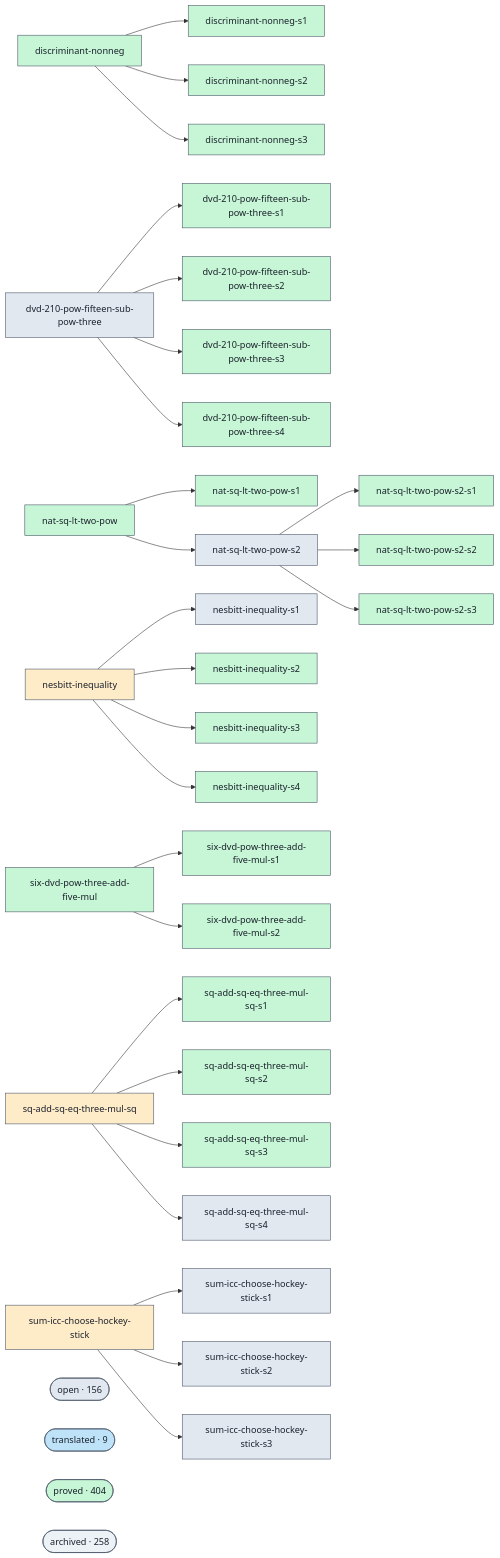
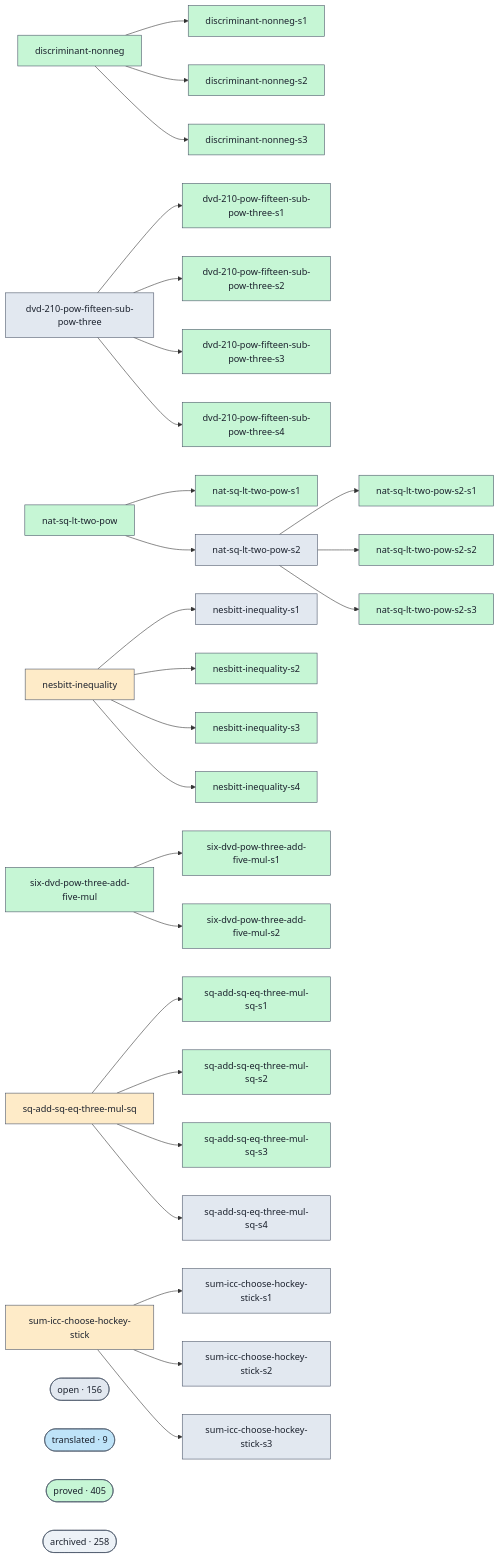
Before and after one commit to ohdearquant/unsorry: the diagram in docs/proofs-contributors-visualisation.md, drawn with Mermaid. The commit also changed other lines of this file and 2 other files, not shown here.

```diff
--- a/docs/proofs-contributors-visualisation.md
+++ b/docs/proofs-contributors-visualisation.md
@@ -147,7 +147,7 @@
   class cluster_open open;
   cluster_translated(["translated · 9"])
   class cluster_translated translated;
-  cluster_proved(["proved · 404"])
+  cluster_proved(["proved · 405"])
   class cluster_proved proved;
   cluster_archived(["archived · 258"])
   class cluster_archived unknown;
```
